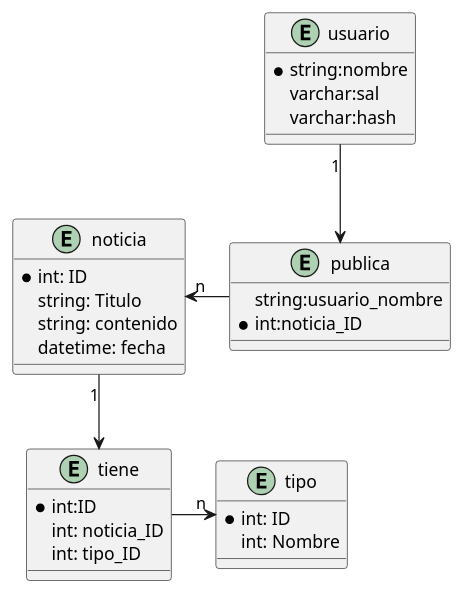
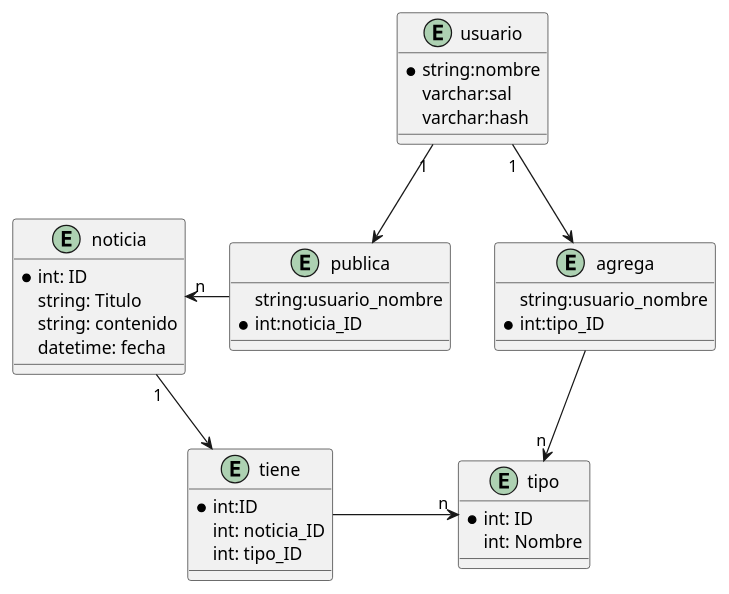
Before and after one commit to kurotori/CarteleraVirtualIFD: the diagram in db/estructura.puml, drawn with PlantUML. The commit also changed 19 other files, not shown here.

```diff
--- a/db/estructura.puml
+++ b/db/estructura.puml
@@ -1,36 +1,43 @@
 @startuml Cartelera
     entity noticia{
         *int: ID
         string: Titulo
         string: contenido
         datetime: fecha
     }
     
     entity tipo{
         *int: ID
         int: Nombre
     }
 
     entity tiene{
         *int:ID
         int: noticia_ID
         int: tipo_ID
     }
 
     entity usuario{
         *string:nombre
         varchar:sal
         varchar:hash
     }
 
     entity publica{
         string:usuario_nombre
         *int:noticia_ID
     }
 
+    entity agrega{
+        string:usuario_nombre
+        *int:tipo_ID
+    }
+
     noticia "1" --> tiene
     tiene -r> "n" tipo
     usuario "1" --> publica
     publica -l> "n" noticia
+    usuario "1" --> agrega
+    agrega --> "n" tipo
 
 @enduml
```
